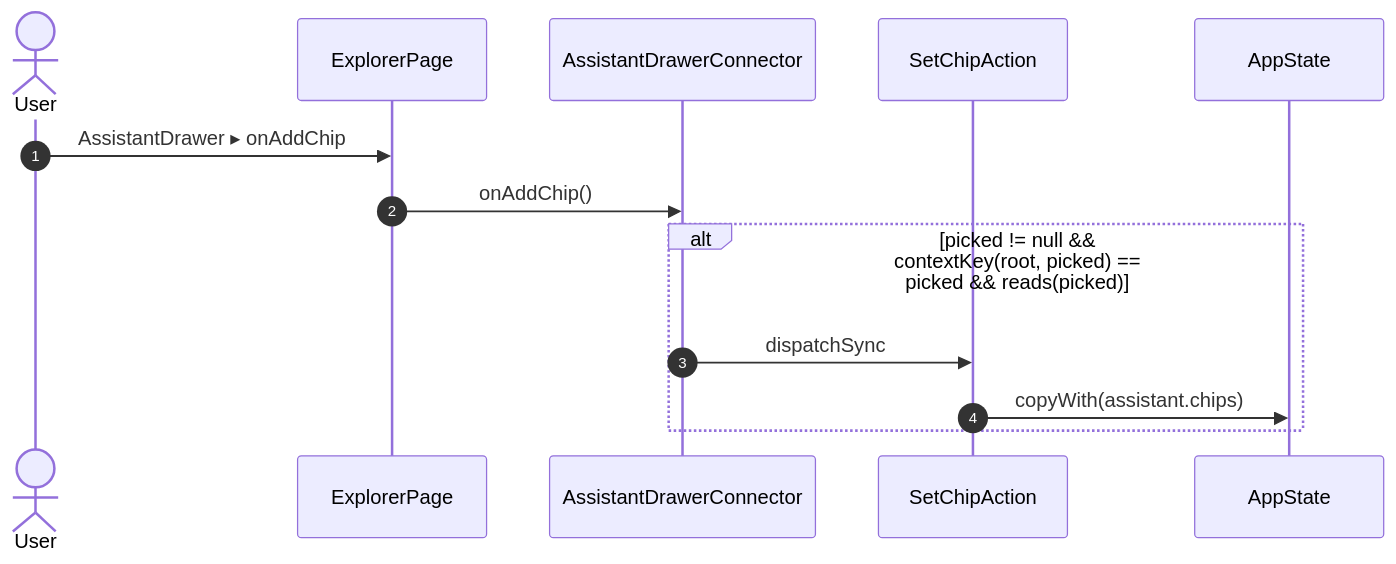
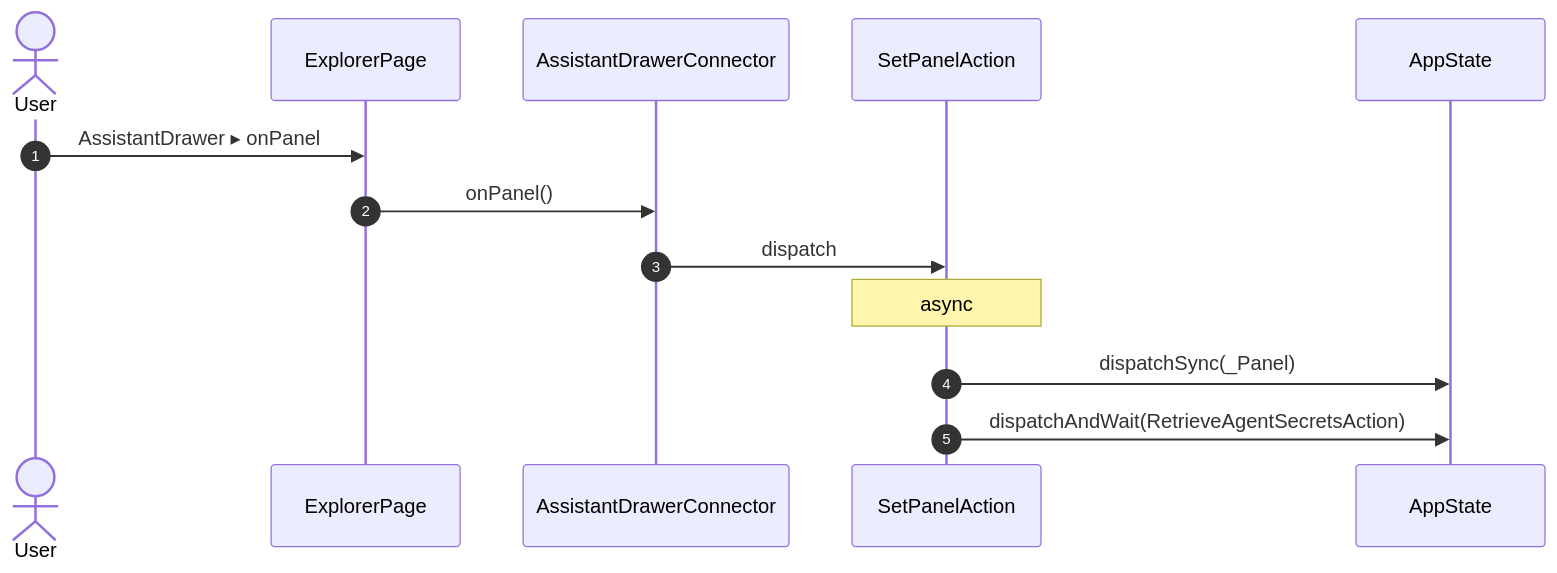
Before and after one commit to gencto/wyrm: diagram 45 of 55 in studio/docs/flows/explorer.md, drawn with Mermaid. The commit also changed other lines of this file and 94 other files, not shown here.

First line of the commit message:
studio: assistant: typed wire, words in ui, one action per intent

````diff
--- a/studio/docs/flows/explorer.md
+++ b/studio/docs/flows/explorer.md
@@ -933,16 +861,16 @@
 ```mermaid
 sequenceDiagram
     autonumber
     actor User
     participant UI as ExplorerPage
     participant R1 as AssistantDrawerConnector
-    participant A1 as SetChipAction
+    participant A1 as SetPanelAction
     participant ST as AppState
 
-    User->>UI: AssistantDrawer ▸ onAddChip
-    UI->>R1: onAddChip()
-    alt picked != null && contextKey(root, picked) == picked && reads(picked)
-        R1->>A1: dispatchSync
-        A1->>ST: copyWith(assistant.chips)
-    end
+    User->>UI: AssistantDrawer ▸ onPanel
+    UI->>R1: onPanel()
+    R1->>A1: dispatch
+    Note over A1: async
+    A1->>ST: dispatchSync(_Panel)
+    A1->>ST: dispatchAndWait(RetrieveAgentSecretsAction)
 ```
````
